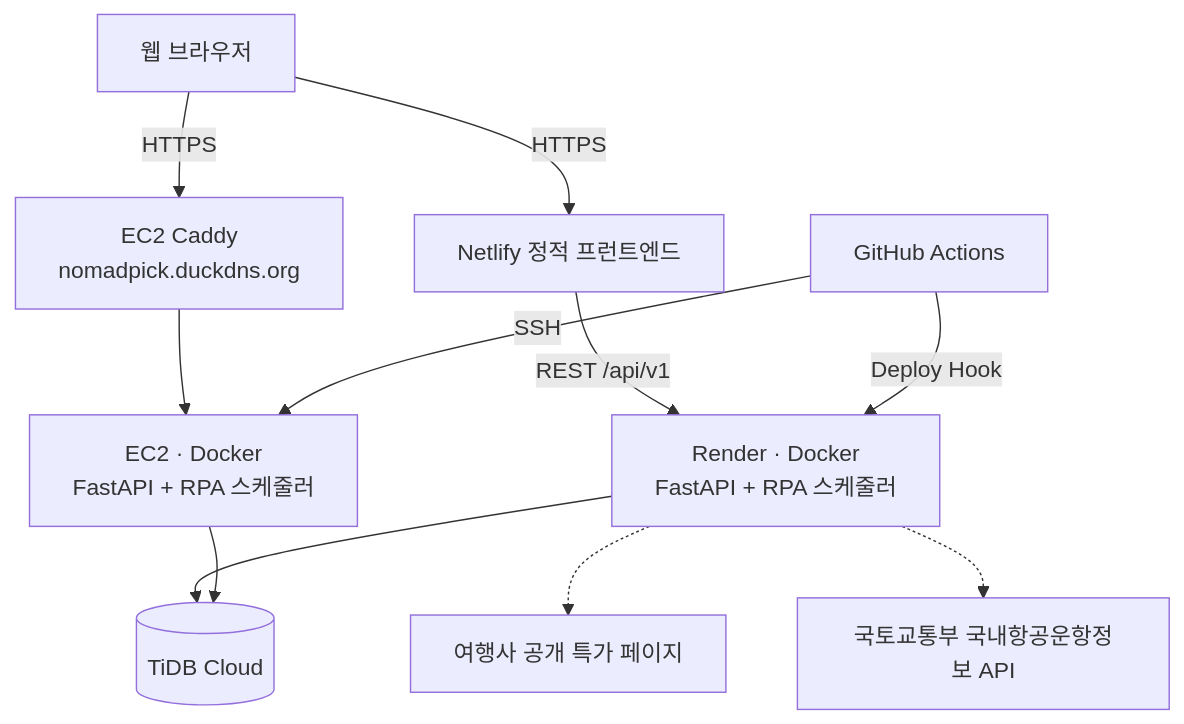
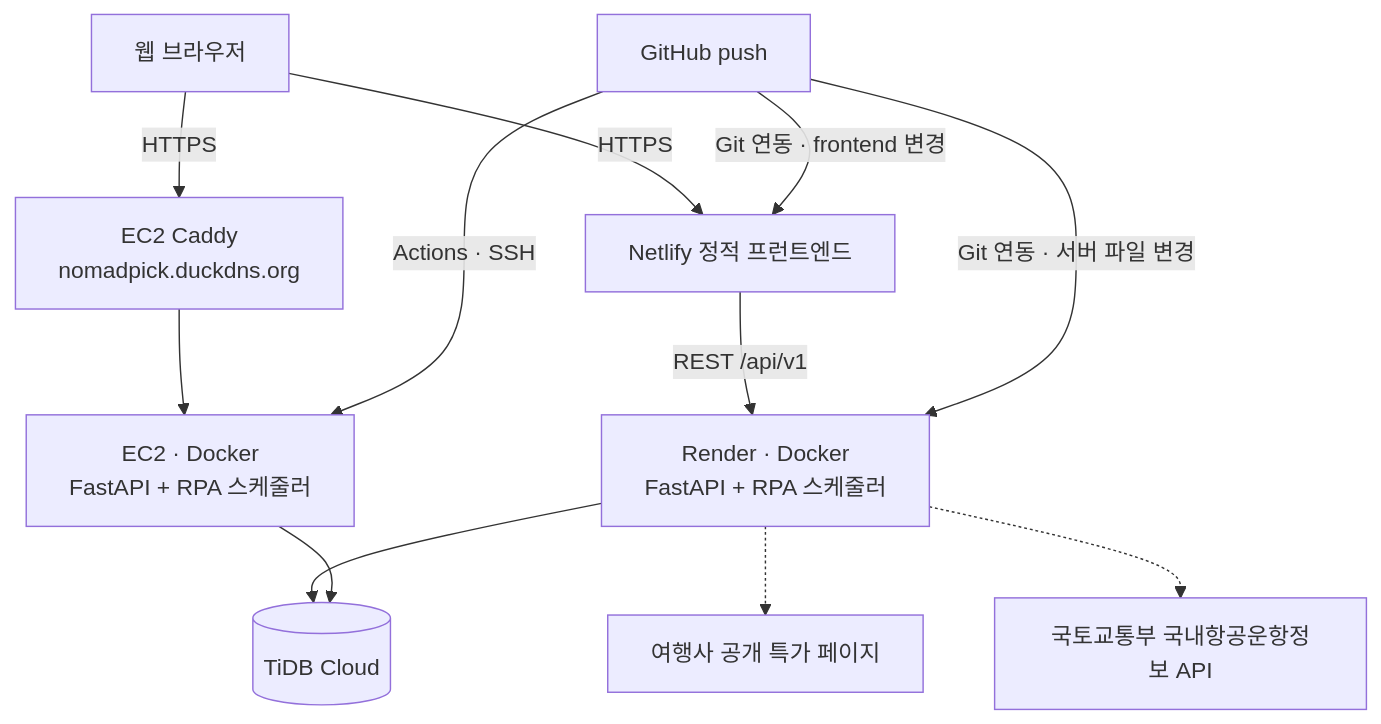
Before and after one commit to fsclass-n/nomadpick: the diagram in docs/md/02_설계.md, drawn with Mermaid. The commit also changed 27 other files, not shown here.

First line of the commit message:
Deploy Netlify and Render through their GitHub integrations on push

````diff
--- a/docs/md/02_설계.md
+++ b/docs/md/02_설계.md
@@ -5,12 +5,13 @@
 ```mermaid
 flowchart TB
   BR[웹 브라우저] -- HTTPS --> FE[Netlify 정적 프런트엔드]
   FE -- REST /api/v1 --> RA[Render · Docker<br/>FastAPI + RPA 스케줄러]
   BR -- HTTPS --> CD[EC2 Caddy<br/>nomadpick.duckdns.org] --> EA[EC2 · Docker<br/>FastAPI + RPA 스케줄러]
   RA --> DB[(TiDB Cloud)]
   EA --> DB
   RA -.-> AG[여행사 공개 특가 페이지]
   RA -.-> MO[국토교통부 국내항공운항정보 API]
-  GA[GitHub Actions] -- Deploy Hook --> RA
-  GA -- SSH --> EA
+  GH[GitHub push] -- Git 연동 · frontend 변경 --> FE
+  GH -- Git 연동 · 서버 파일 변경 --> RA
+  GH -- Actions · SSH --> EA
 ```
````
